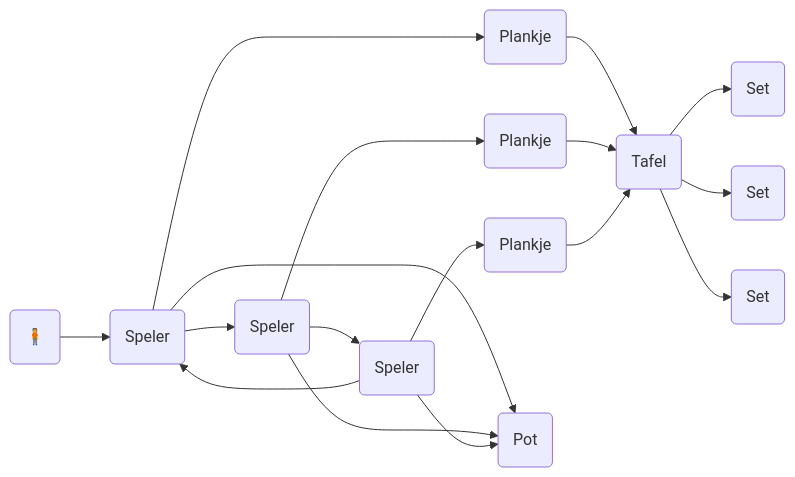
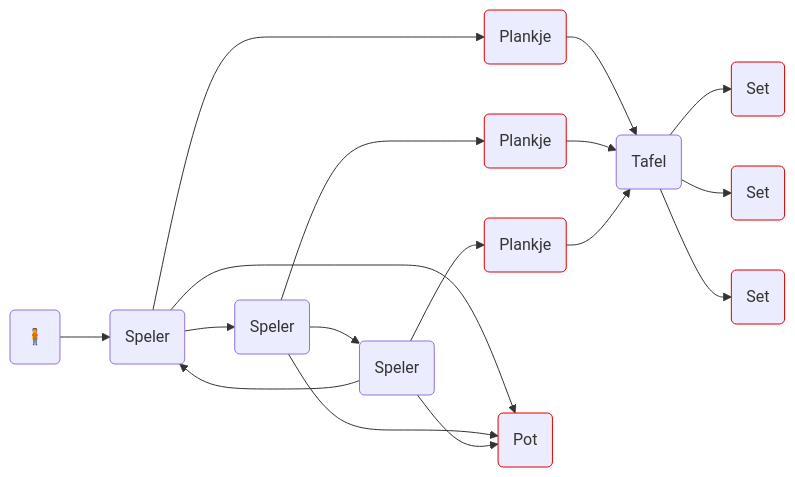
Before and after one commit to psvansluis/rummikub: the second of 2 diagrams in overzichtObjecten.md, drawn with Mermaid. The commit also changed other lines of this file, not shown here.

````diff
--- a/overzichtObjecten.md
+++ b/overzichtObjecten.md
@@ -27,34 +31,36 @@
 ```mermaid
 flowchart LR
 
 AGENT("🧍")
 SPELER1("Speler")
 SPELER2("Speler")
 SPELER3("Speler")
-PLANKJE1("Plankje")
-PLANKJE2("Plankje")
-PLANKJE3("Plankje")
+PLANKJE1("Plankje"):::heeftStenen
+PLANKJE2("Plankje"):::heeftStenen
+PLANKJE3("Plankje"):::heeftStenen
 TAFEL("Tafel")
-POT("Pot")
-SET1("Set")
-SET2("Set")
-SET3("Set")
+POT("Pot"):::heeftStenen
+SET1("Set"):::heeftStenen
+SET2("Set"):::heeftStenen
+SET3("Set"):::heeftStenen
 
 AGENT-->SPELER1
 SPELER1-->SPELER2
 SPELER2-->SPELER3
 SPELER3-->SPELER1
 SPELER1-->PLANKJE1
 SPELER2-->PLANKJE2
 SPELER3-->PLANKJE3
 SPELER1-->POT
 SPELER2-->POT
 SPELER3-->POT
 PLANKJE1-->TAFEL
 PLANKJE2-->TAFEL
 PLANKJE3-->TAFEL
 TAFEL-->SET1
 TAFEL-->SET2
 TAFEL-->SET3
 
+classDef heeftStenen stroke:#d00
+
 ```
````
